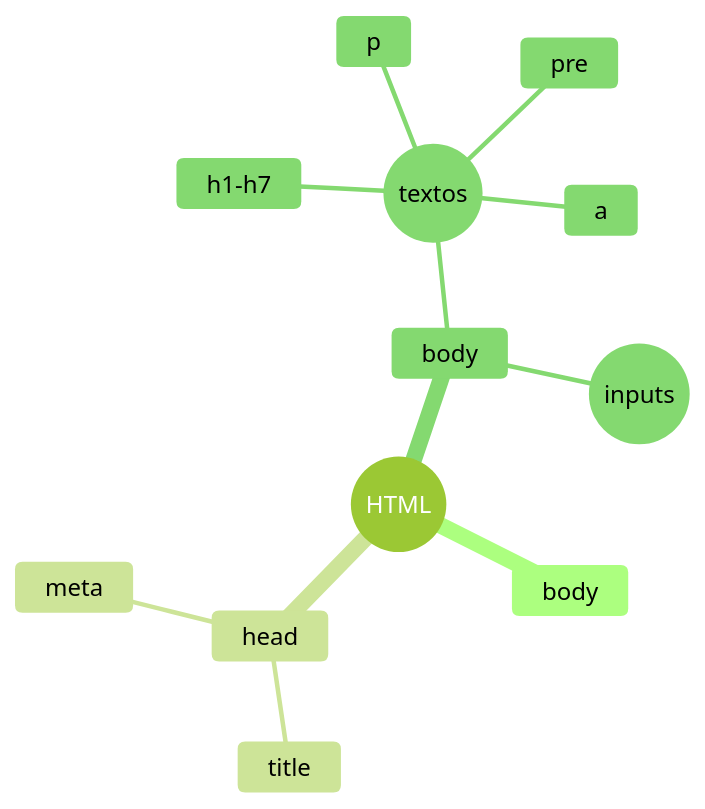
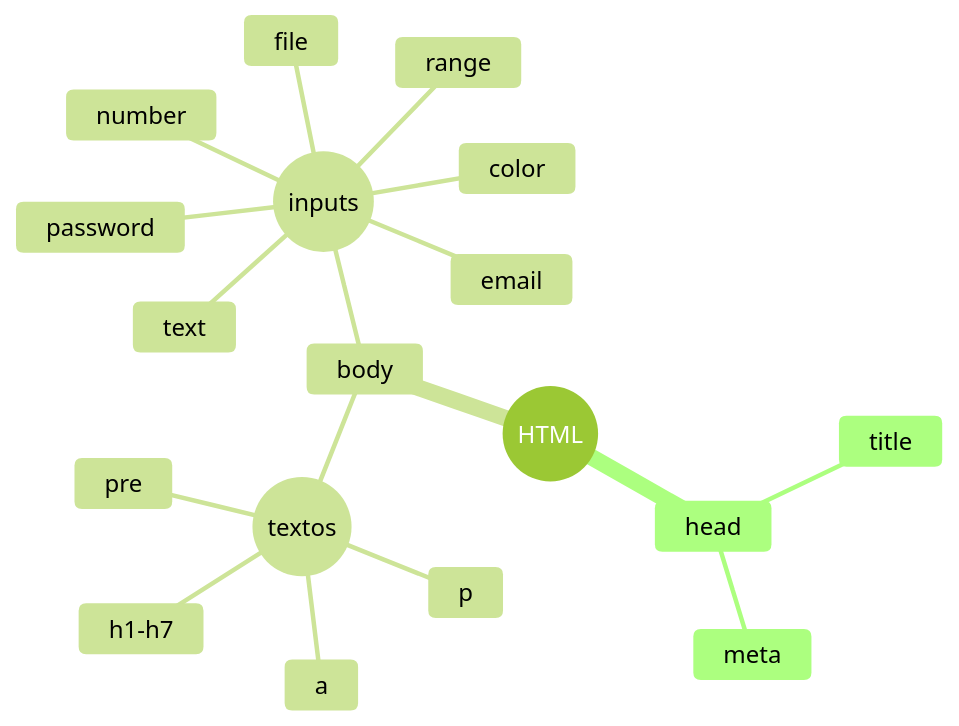
Before and after one commit to Cristian727/Mapa-mental-de-materias: the diagram in mindmao.md, drawn with Mermaid (forest theme).

Commit message:
Borrado gitignore

````diff
--- a/mindmao.md
+++ b/mindmao.md
@@ -1,15 +1,23 @@
 ```mermaid
 mindmap
 root((HTML))
-    body
     head
         title
         meta
     body
      ((textos))
        h1-h7
        p
        pre
        a
      ((inputs))
+        text
+        password
+        number
+        range
+        email
+        color
+        file
+
+    
 ```
````
